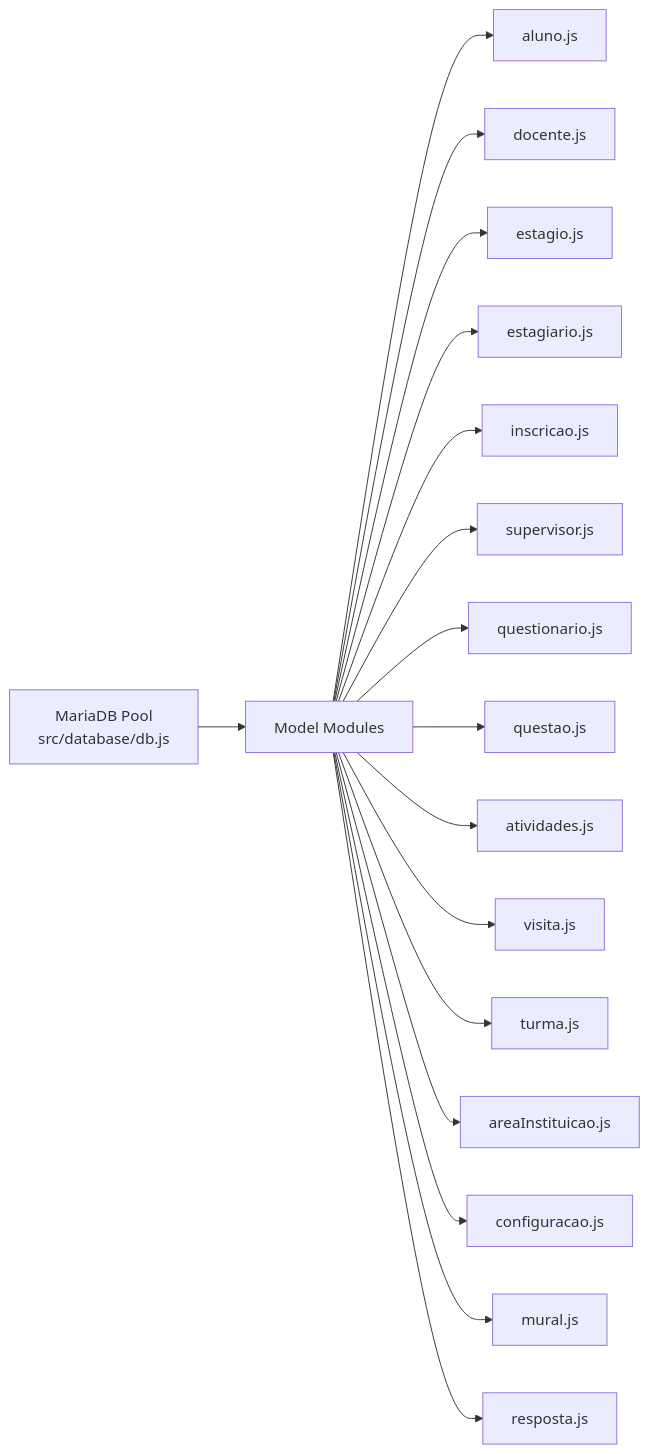
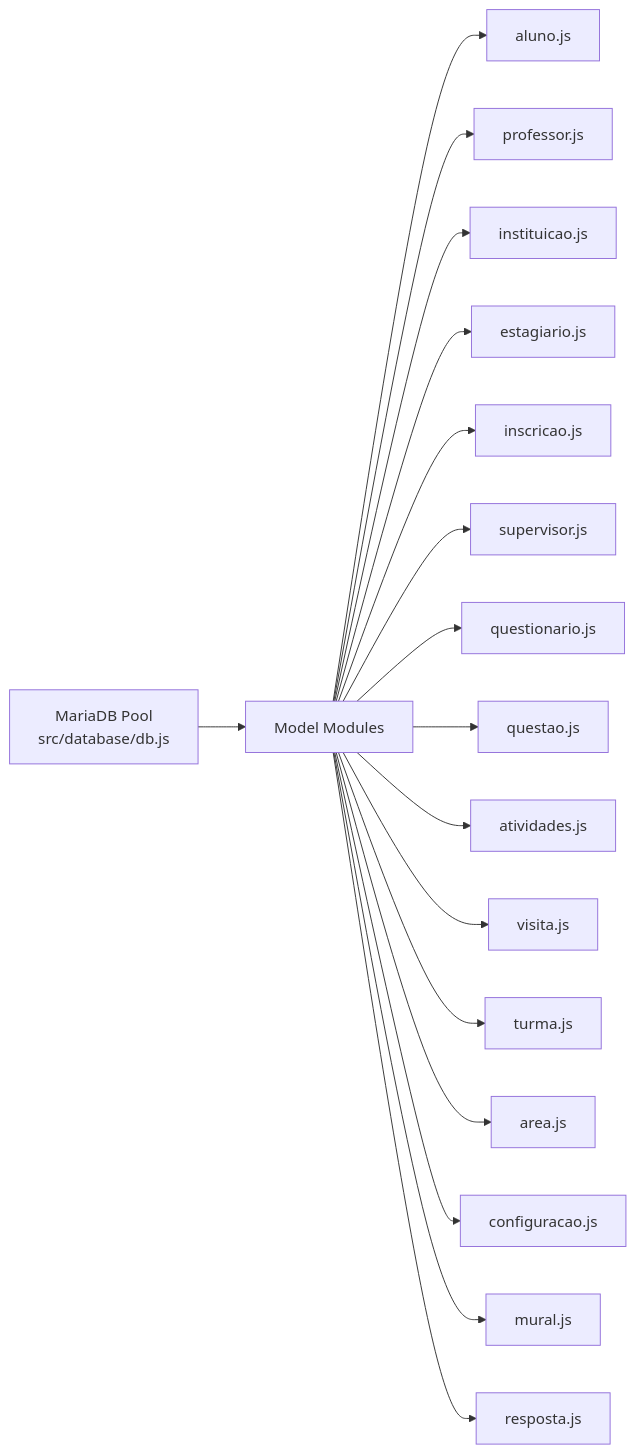
Before and after one commit to luiseduacosta/nodemural: the fourth of 4 diagrams in .qoder/repowiki/en/content/Data Models & Database Design/Data Models & Database Design.md, drawn with Mermaid. The commit also changed other lines of this file and 25 other files, not shown here.

````diff
--- a/.qoder/repowiki/en/content/Data Models & Database Design/Data Models & Database Design.md
+++ b/.qoder/repowiki/en/content/Data Models & Database Design/Data Models & Database Design.md
@@ -346,21 +346,21 @@
 ```mermaid
 graph LR
 POOL["MariaDB Pool<br/>src/database/db.js"]
 MODELS["Model Modules"]
 POOL --> MODELS
 MODELS --> AL["aluno.js"]
-MODELS --> DC["docente.js"]
-MODELS --> ES["estagio.js"]
+MODELS --> DC["professor.js"]
+MODELS --> ES["instituicao.js"]
 MODELS --> EG["estagiario.js"]
 MODELS --> IN["inscricao.js"]
 MODELS --> SV["supervisor.js"]
 MODELS --> QZ["questionario.js"]
 MODELS --> QA["questao.js"]
 MODELS --> AT["atividades.js"]
 MODELS --> VS["visita.js"]
 MODELS --> TR["turma.js"]
-MODELS --> AR["areaInstituicao.js"]
+MODELS --> AR["area.js"]
 MODELS --> CF["configuracao.js"]
 MODELS --> MR["mural.js"]
 MODELS --> RP["resposta.js"]
 ```
````
